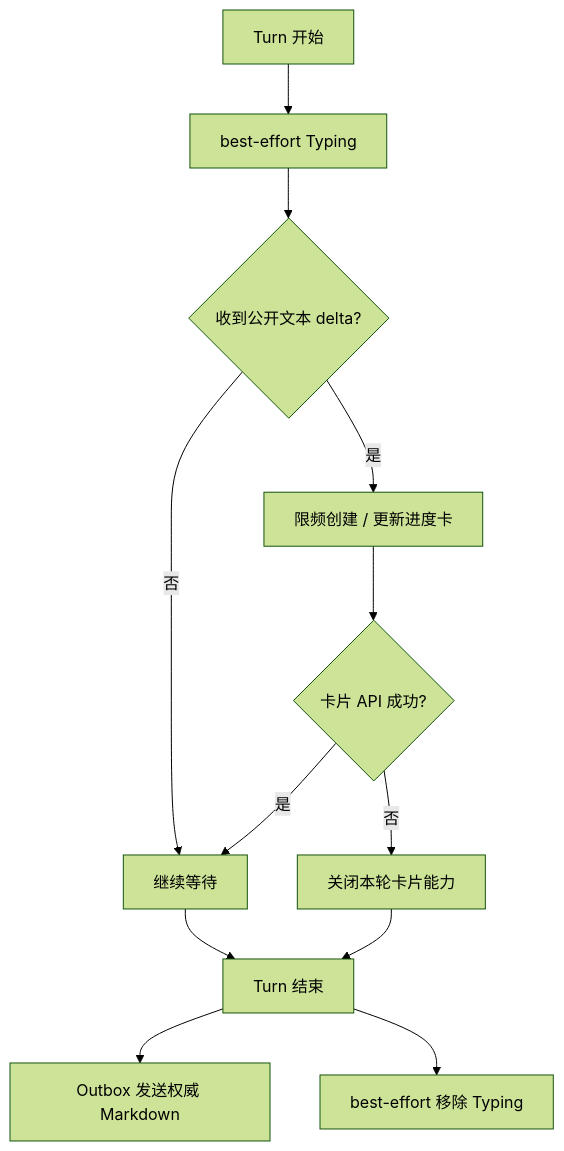
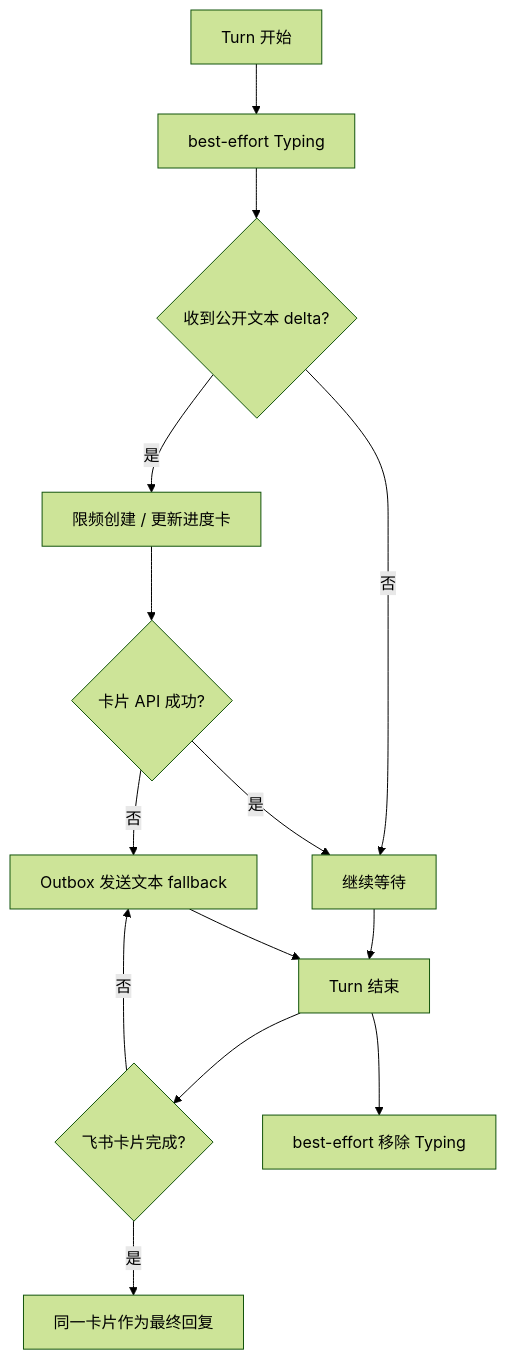
One commit to NEDONION/lobster0 changed the fifth of 7 diagrams in docs/engineering/phase-4/feishu-channel.md. Above: the diagram before and after it, drawn with Mermaid (forest theme). The commit also changed other lines of this file and 58 other files, not shown here.

````diff
--- a/docs/engineering/phase-4/feishu-channel.md
+++ b/docs/engineering/phase-4/feishu-channel.md
@@ -143,14 +145,16 @@
 ```mermaid
 flowchart TD
     S["Turn 开始"] --> T["best-effort Typing"]
     T --> V{"收到公开文本 delta?"}
     V -->|"是"| C["限频创建 / 更新进度卡"]
     V -->|"否"| W["继续等待"]
     C --> E{"卡片 API 成功?"}
     E -->|"否"| X["关闭本轮卡片能力"]
     E -->|"是"| W
     W --> F["Turn 结束"]
     X --> F
-    F --> O["Outbox 发送权威 Markdown"]
+    F --> K{"飞书卡片完成?"}
+    K -->|"是"| O["同一卡片作为最终回复"]
+    K -->|"否"| X["Outbox 发送文本 fallback"]
     F --> R["best-effort 移除 Typing"]
 ```
````
